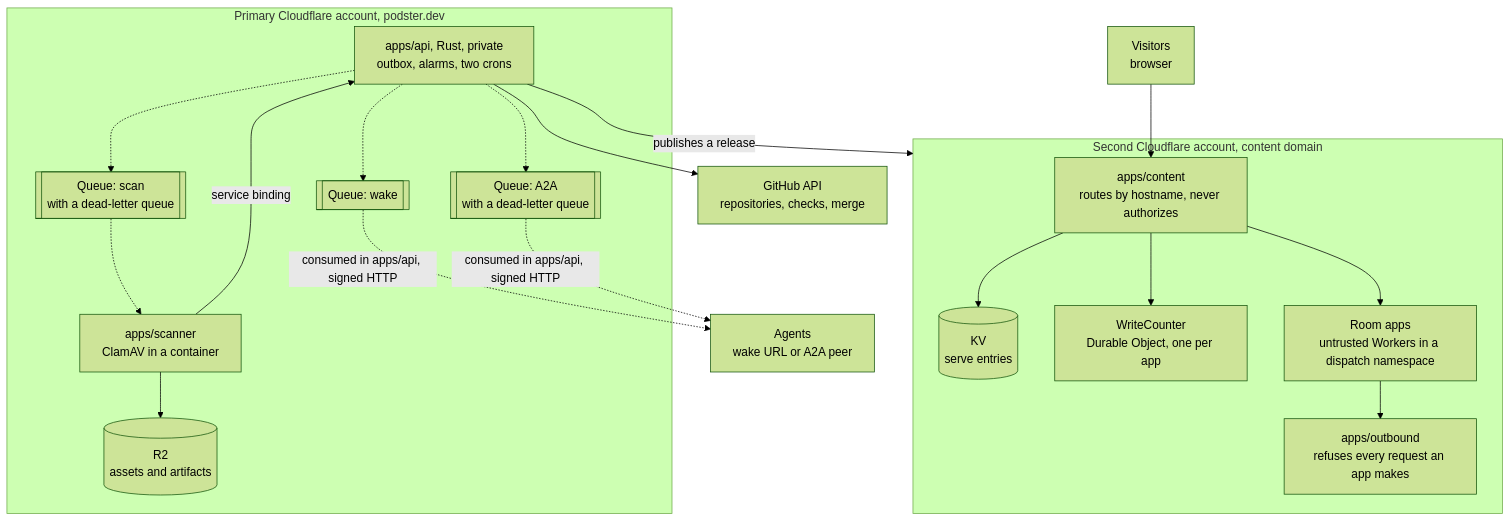
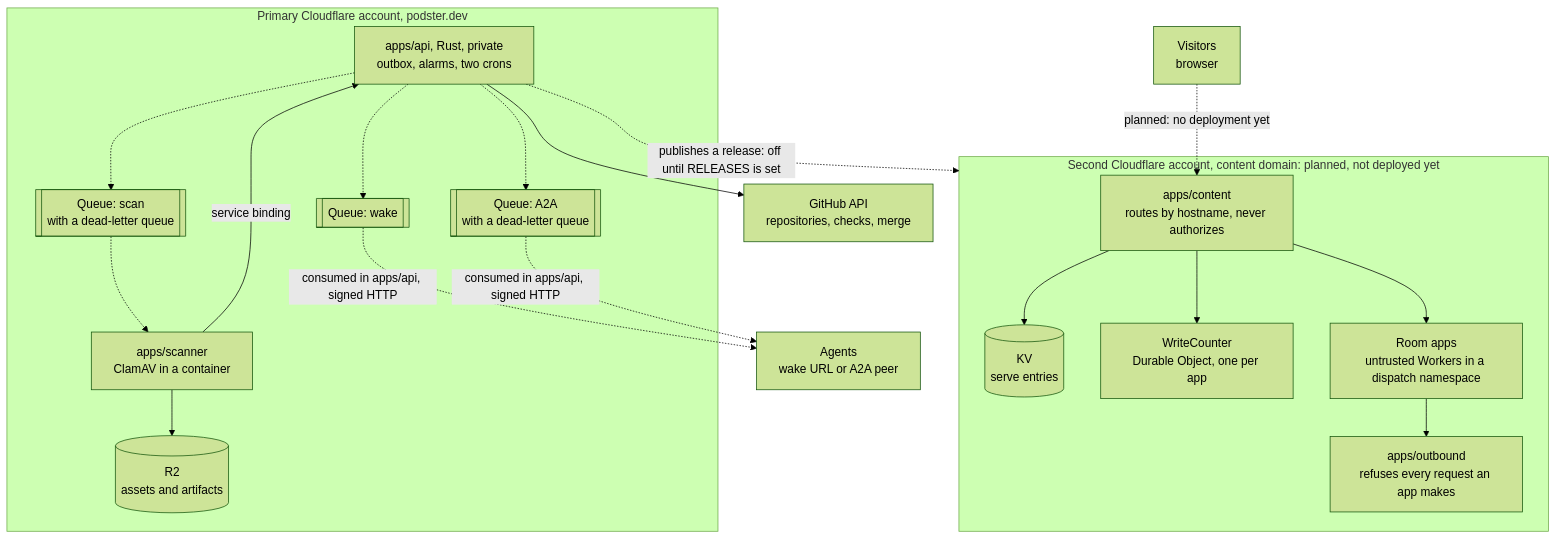
Before and after one commit to thachp/podster: the second of 2 diagrams in docs/spec/ARCHITECTURE-DIAGRAMS.md, drawn with Mermaid (forest theme). The commit also changed other lines of this file, not shown here.

Commit message:
docs: correct the architecture diagrams' live and planned edges

````diff
--- a/docs/spec/ARCHITECTURE-DIAGRAMS.md
+++ b/docs/spec/ARCHITECTURE-DIAGRAMS.md
@@ -58,40 +59,40 @@
 ```mermaid
 flowchart TB
     subgraph Primary["Primary Cloudflare account, podster.dev"]
         API["apps/api, Rust, private<br/>outbox, alarms, two crons"]
         QS[["Queue: scan<br/>with a dead-letter queue"]]
         QW[["Queue: wake"]]
         QA[["Queue: A2A<br/>with a dead-letter queue"]]
         SC["apps/scanner<br/>ClamAV in a container"]
         R2[("R2<br/>assets and artifacts")]
     end
 
     Agents["Agents<br/>wake URL or A2A peer"]
     GHAPI["GitHub API<br/>repositories, checks, merge"]
 
-    subgraph Second["Second Cloudflare account, content domain"]
+    subgraph Second["Second Cloudflare account, content domain: planned, not deployed yet"]
         CT["apps/content<br/>routes by hostname, never authorizes"]
         KV[("KV<br/>serve entries")]
         WC["WriteCounter<br/>Durable Object, one per app"]
         Apps["Room apps<br/>untrusted Workers in a dispatch namespace"]
         OB["apps/outbound<br/>refuses every request an app makes"]
     end
 
     Visitor["Visitors<br/>browser"]
 
     API -.-> QS
     QS -.-> SC
     SC --> R2
     SC -->|"service binding"| API
     API -.-> QW
     API -.-> QA
     QW -.->|"consumed in apps/api, signed HTTP"| Agents
     QA -.->|"consumed in apps/api, signed HTTP"| Agents
     API --> GHAPI
-    API -->|"publishes a release"| Second
-    Visitor --> CT
+    API -.->|"publishes a release: off until RELEASES is set"| Second
+    Visitor -.->|"planned: no deployment yet"| CT
     CT --> KV
     CT --> WC
     CT --> Apps
     Apps --> OB
 ```
````
